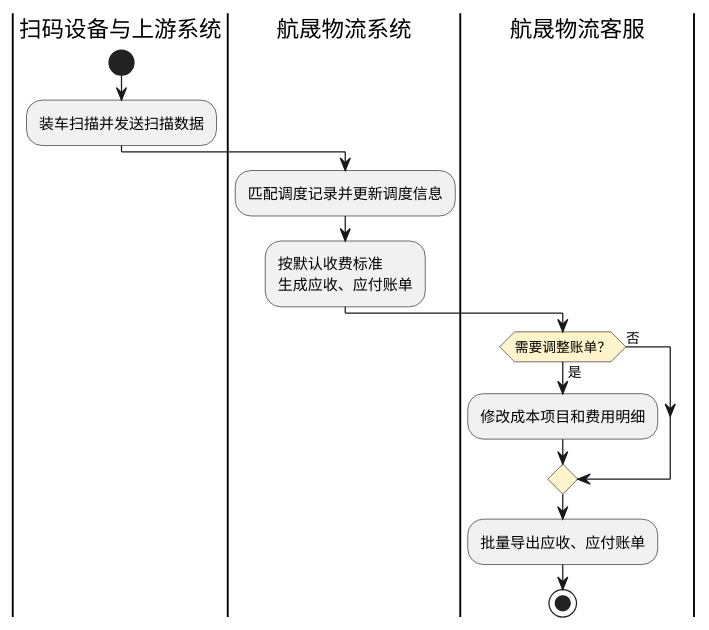
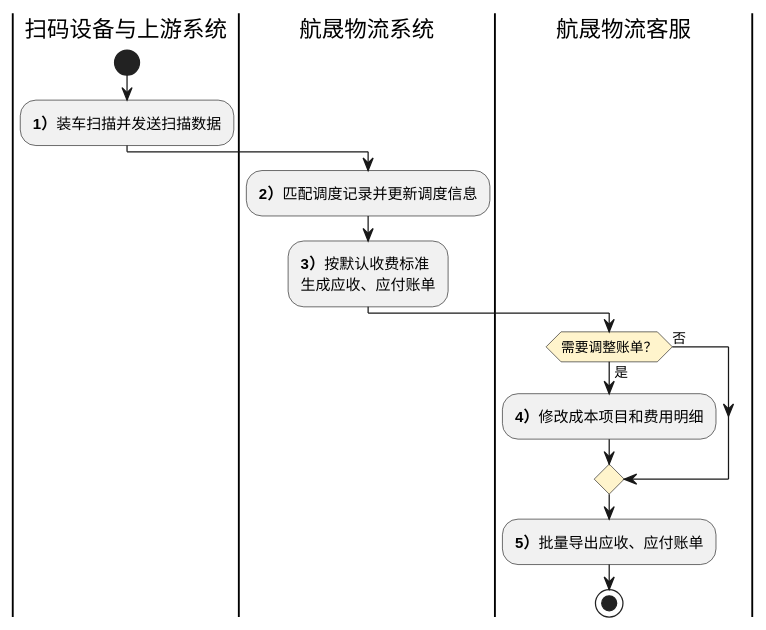
The third of 3 diagrams in product-caliber/goldjet/segmented-prd/PRD.高捷物流系统一期.第033篇.DDP跨模块作业与结算流程.7579B595B8.md (jack888332/projects-doc), drawn with PlantUML before and after one commit. The commit also changed other lines of this file and 24 other files, not shown here.

````diff
--- a/product-caliber/goldjet/segmented-prd/PRD.高捷物流系统一期.第033篇.DDP跨模块作业与结算流程.7579B595B8.md
+++ b/product-caliber/goldjet/segmented-prd/PRD.高捷物流系统一期.第033篇.DDP跨模块作业与结算流程.7579B595B8.md
@@ -151,18 +149,18 @@
 ```plantuml
 @startuml goldjet-033-transit-billing
 skinparam activityDiamondBackgroundColor #FFF4CC
 |扫码设备与上游系统|
 start
-:装车扫描并发送扫描数据;
+:**1）**装车扫描并发送扫描数据;
 |航晟物流系统|
-:匹配调度记录并更新调度信息;
-:按默认收费标准\n生成应收、应付账单;
+:**2）**匹配调度记录并更新调度信息;
+:**3）**按默认收费标准\n生成应收、应付账单;
 |航晟物流客服|
 if (需要调整账单？) then (是)
-  :修改成本项目和费用明细;
+  :**4）**修改成本项目和费用明细;
 else (否)
 endif
-:批量导出应收、应付账单;
+:**5）**批量导出应收、应付账单;
 stop
 @enduml
 ```
````
